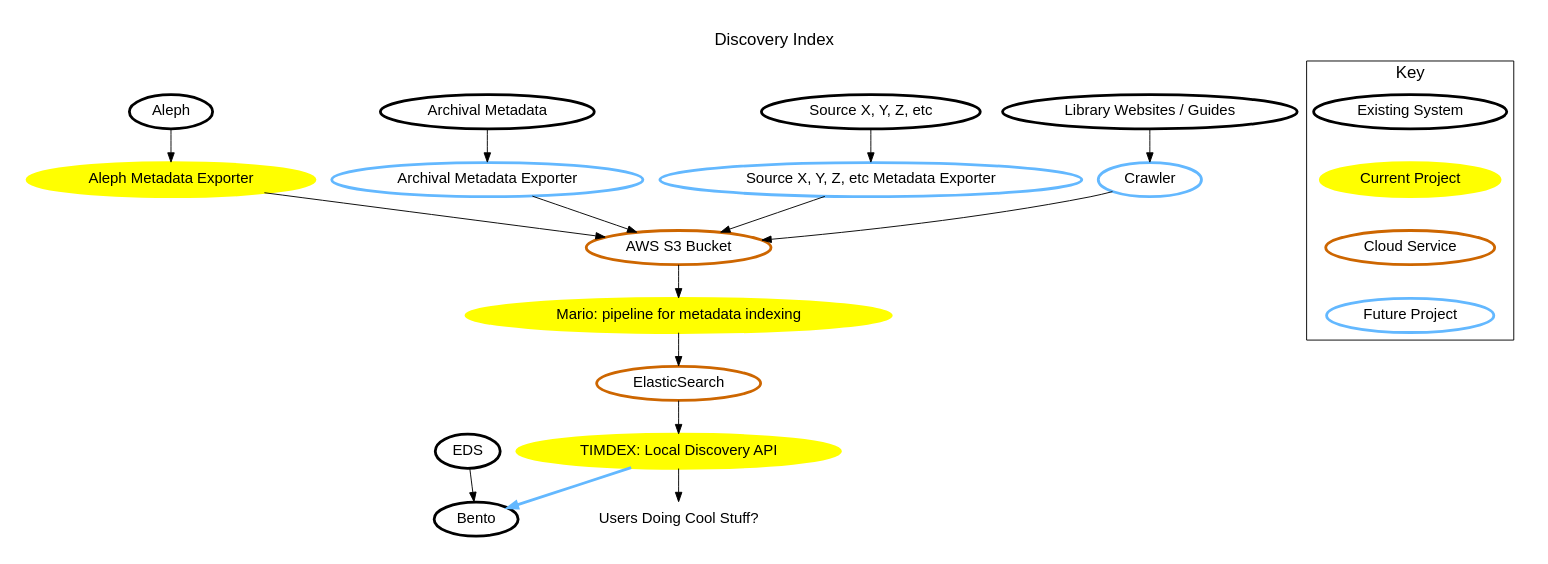
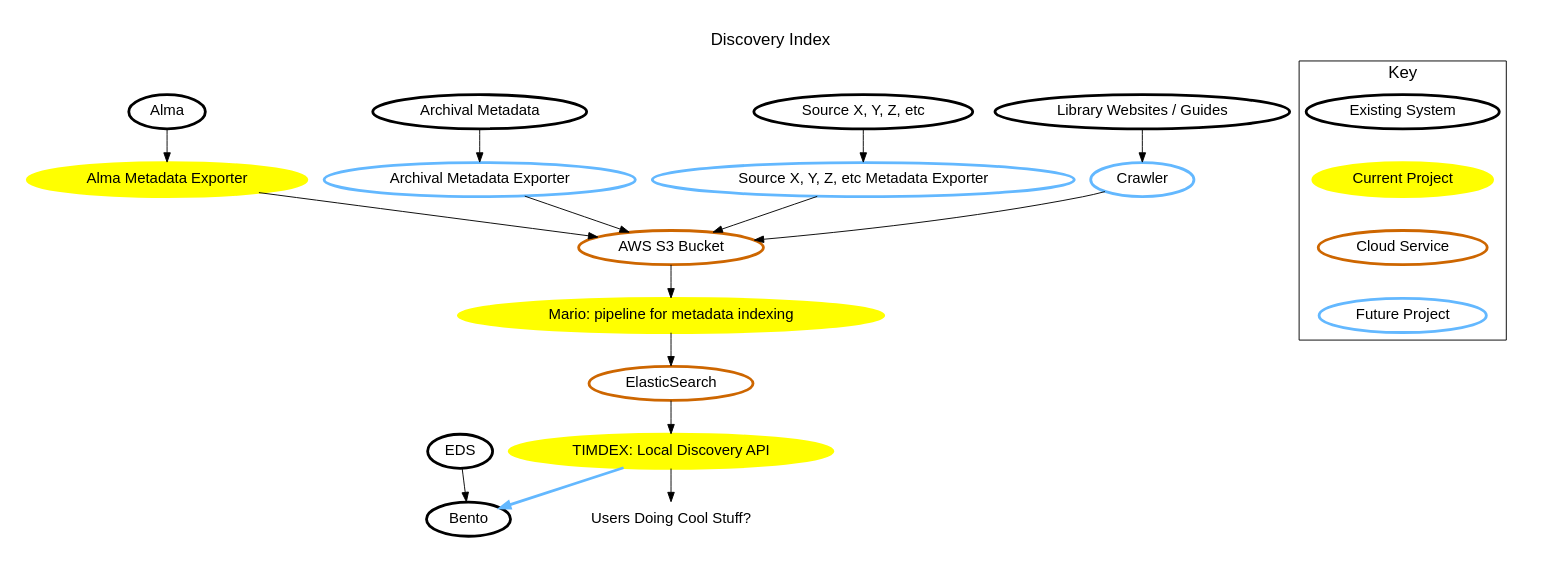
One commit to MITLibraries/mario changed the diagram in docs/charts/dip_overview.dot. Above: the diagram before and after it, drawn with Graphviz. The commit also changed 6 other files, not shown here.

```diff
--- a/docs/charts/dip_overview.dot
+++ b/docs/charts/dip_overview.dot
@@ -1,61 +1,61 @@
 // dot docs/charts/dip_overview.dot -Tpng > docs/charts/dip_overview.png
 // requires installation of GraphViz (brew install graphviz, or
 // http://www.graphviz.org/Download..php if that doesn't work)
 
 digraph G {
   label="Discovery Index";
   labelloc=t;
   fontname=helvetica;
   fontsize=18;
   node [style=filled, fontname=helvetica, color=black, fillcolor=white, penwidth=3, fontsize=16];
   pad=0.3;
 
-  aleph[label="Aleph"]
-  alephExporter[label="Aleph Metadata Exporter", color=Yellow1, fillcolor=Yellow1]
+  alma[label="Alma"]
+  almaExporter[label="Alma Metadata Exporter", color=Yellow1, fillcolor=Yellow1]
   s3[label="AWS S3 Bucket", color=DarkOrange3]
   processor[label="Mario: pipeline for metadata indexing", color=Yellow1, fillcolor=Yellow1]
   index[label="ElasticSearch", color=DarkOrange3]
   archives[label="Archival Metadata"]
   archivesExporter[label="Archival Metadata Exporter", color=SteelBlue1]
   futureData[label="Source X, Y, Z, etc", color=black]
   futureExporter[label="Source X, Y, Z, etc Metadata Exporter", color=SteelBlue1]
   websites[label="Library Websites / Guides", color=black]
   websitesCrawler[label="Crawler", color=SteelBlue1]
   api[label="TIMDEX: Local Discovery API", color=Yellow1, fillcolor=Yellow1]
   eds[label="EDS"]
   bento[label="Bento"]
   magic[label="Users Doing Cool Stuff?", color=transparent]
 
-  aleph -> alephExporter
-  alephExporter -> s3
+  alma -> almaExporter
+  almaExporter -> s3
 
   s3 -> processor
   processor -> index
 
   archives -> archivesExporter
   archivesExporter -> s3
 
   futureData -> futureExporter
   futureExporter -> s3
 
   websites -> websitesCrawler
   websitesCrawler -> s3
 
   index -> api
   api -> bento [color=SteelBlue1, penwidth=3]
   api -> magic
 
   eds -> bento
 
   subgraph clusterLegend {
     label="Key";
     {
      k4[label="Future Project", color=SteelBlue1];
      k3[label="Cloud Service", color=darkorange3];
      k2[label="Current Project", color=Yellow1, fillcolor=Yellow1];
      k1[label="Existing System"]
      k1 -> k2 -> k3 -> k4 [style=invis]
      }
   }
 
 }
```
